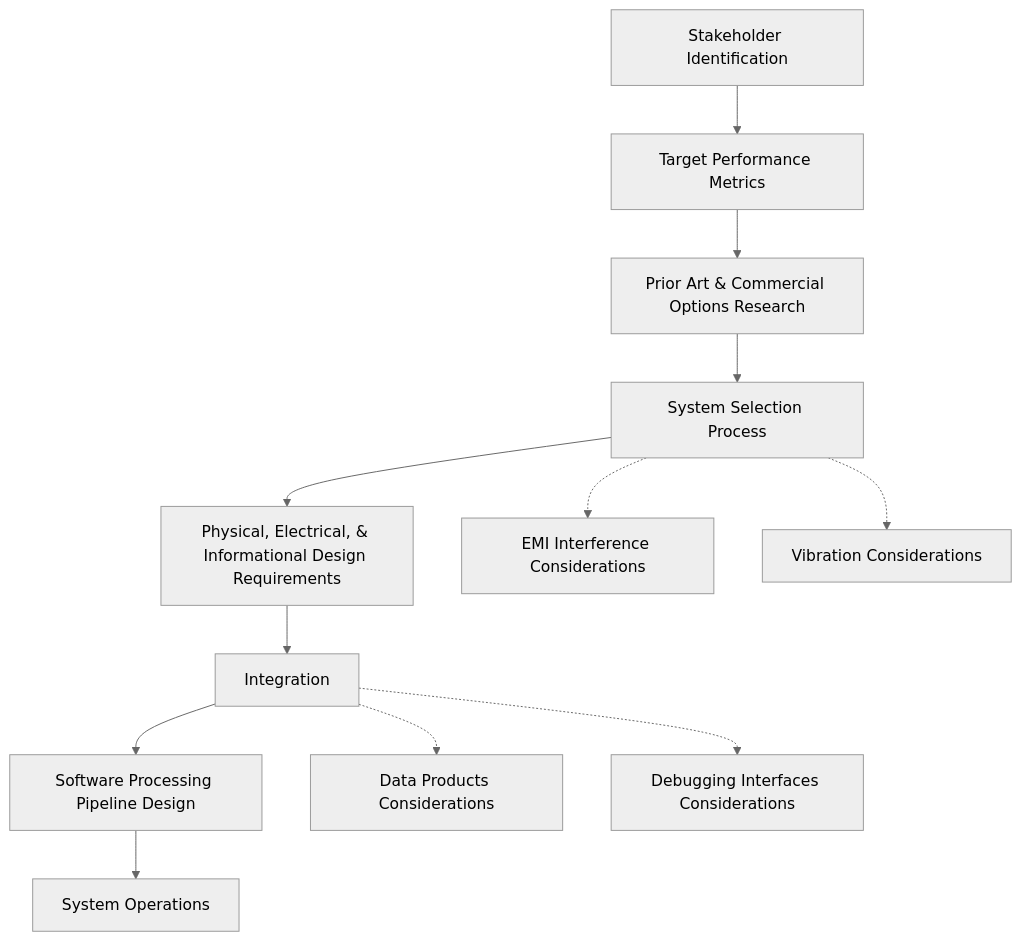
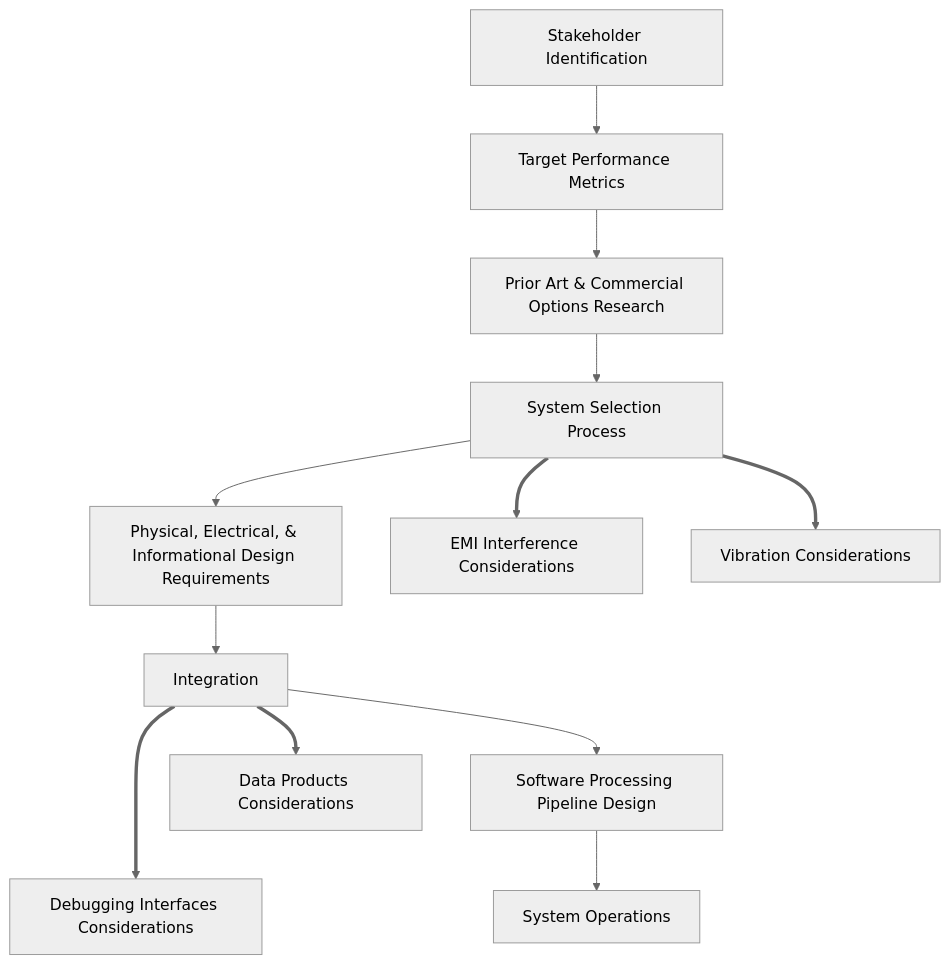
One commit to UA-ACUASI-Engineering/Payload_Integration changed the diagram in High Level Course Outline.md. Above: the diagram before and after it, drawn with Mermaid (neutral theme). The commit also changed 9 other files, not shown here.

````diff
--- a/High Level Course Outline.md
+++ b/High Level Course Outline.md
@@ -27,28 +27,28 @@
 ```mermaid
 graph TD
 
 Stak[Stakeholder Identification]
 Perf[Target Performance Metrics]
 Res[Prior Art & Commercial Options Research]
 Sel[System Selection Process]
 Req[Physical, Electrical, & Informational Design Requirements]
 Integ[Integration]
 Soft[Software Processing Pipeline Design]
 Oper[System Operations]
 EMI[EMI Interference Considerations]
 Vib[Vibration Considerations]
 Data[Data Products Considerations]
 Debug[Debugging Interfaces Considerations]
 
 Stak --> Perf
 Perf --> Res
 Res --> Sel
 Sel --> Req
-Sel -.-> EMI
-Sel -.-> Vib
+Sel ==> EMI
+Sel ==> Vib
 Req --> Integ
-Integ -.-> Data
-Integ -.-> Debug
+Integ ==> Data
+Integ ===> Debug
 Integ --> Soft
 Soft --> Oper
 ```
````
